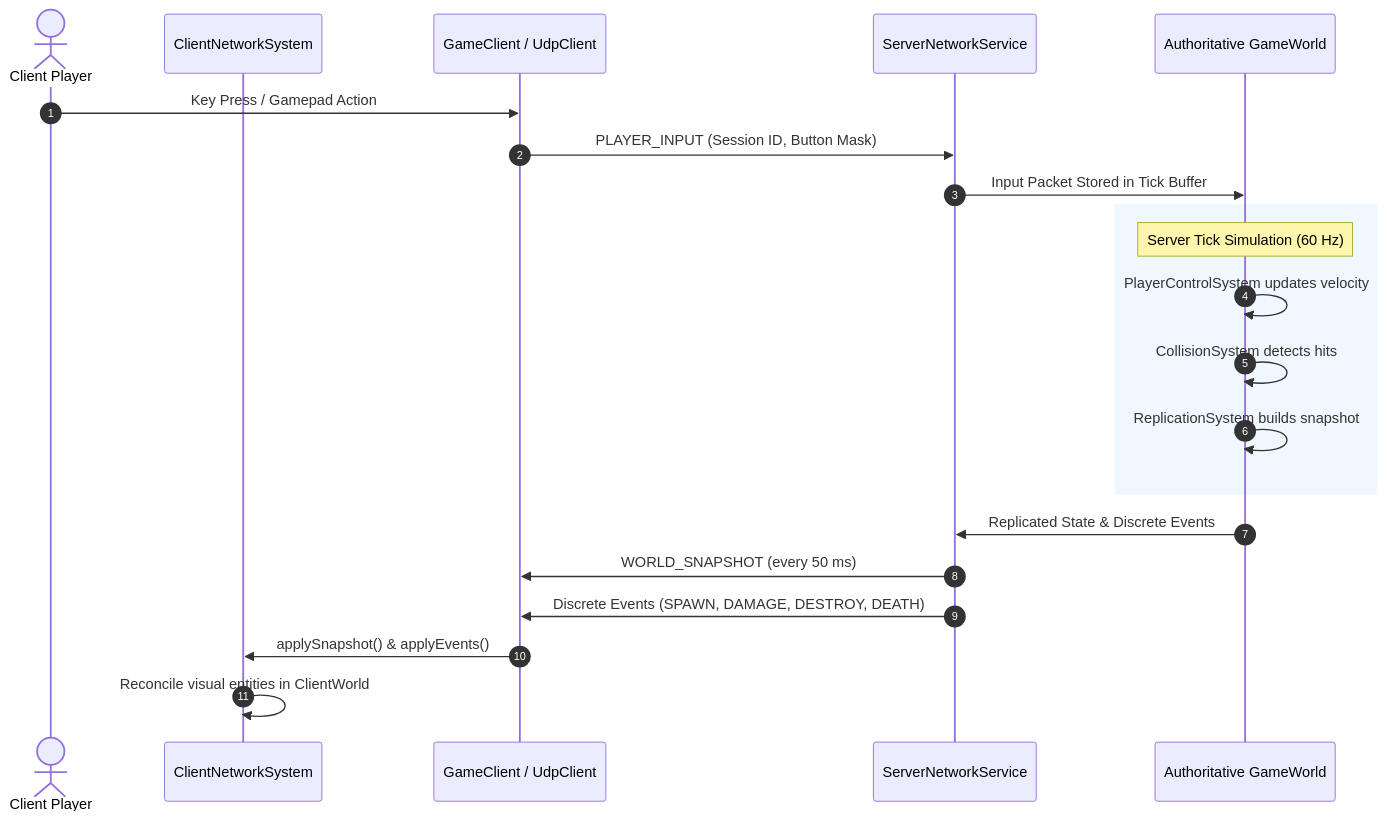
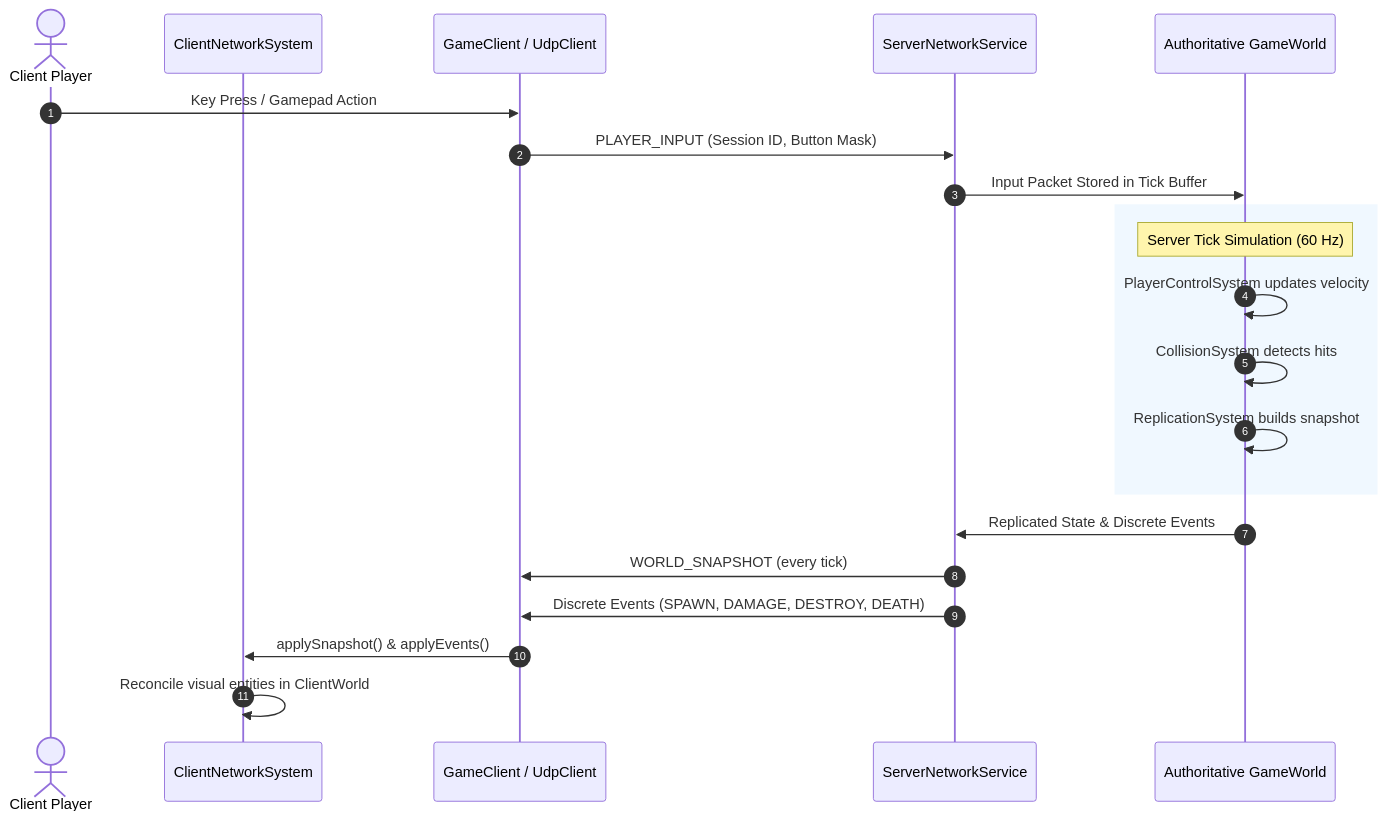
The second of 4 diagrams in docs/architecture.md (noambouillet/rtype), drawn with Mermaid before and after one commit. The commit also changed 15 other files, not shown here.

Commit message:
feat: client draws in the past for a less laggy game

````diff
--- a/docs/architecture.md
+++ b/docs/architecture.md
@@ -66,26 +66,26 @@
 ```mermaid
 sequenceDiagram
     autonumber
     actor Player as Client Player
     participant ClientNet as ClientNetworkSystem
     participant GameClient as GameClient / UdpClient
     participant ServerNet as ServerNetworkService
     participant GameWorld as Authoritative GameWorld
 
     Player->>GameClient: Key Press / Gamepad Action
     GameClient->>ServerNet: PLAYER_INPUT (Session ID, Button Mask)
     ServerNet->>GameWorld: Input Packet Stored in Tick Buffer
     
     rect rgb(240, 248, 255)
         Note over GameWorld: Server Tick Simulation (60 Hz)
         GameWorld->>GameWorld: PlayerControlSystem updates velocity
         GameWorld->>GameWorld: CollisionSystem detects hits
         GameWorld->>GameWorld: ReplicationSystem builds snapshot
     end
 
     GameWorld->>ServerNet: Replicated State & Discrete Events
-    ServerNet->>GameClient: WORLD_SNAPSHOT (every 50 ms)
+    ServerNet->>GameClient: WORLD_SNAPSHOT (every tick)
     ServerNet->>GameClient: Discrete Events (SPAWN, DAMAGE, DESTROY, DEATH)
     GameClient->>ClientNet: applySnapshot() & applyEvents()
     ClientNet->>ClientNet: Reconcile visual entities in ClientWorld
 ```
````
